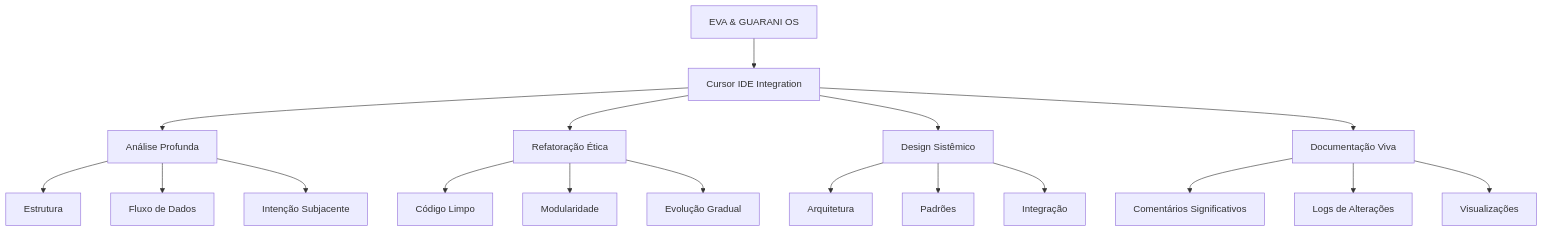
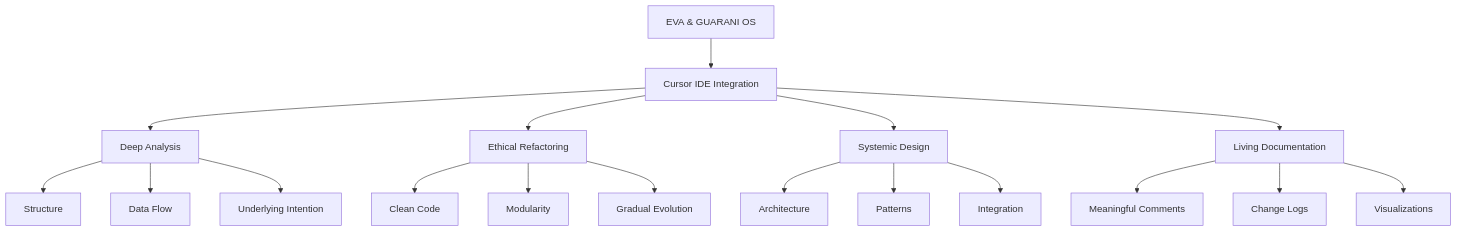
The diagram in docs/prompts/CURSOR_QUANTUM_PROMPT.md (enioxt/EVA-e-Guarani-EGOS), drawn with Mermaid before and after one commit. The commit also changed other lines of this file and 5476 other files, not shown here.

First line of the commit message:
feat: synchronize project structure and implement subsystem code

````diff
--- a/docs/prompts/CURSOR_QUANTUM_PROMPT.md
+++ b/docs/prompts/CURSOR_QUANTUM_PROMPT.md
@@ -83,24 +83,24 @@
 ```mermaid
 graph TD
     EGOS[EVA & GUARANI OS] --> IDE[Cursor IDE Integration]
-    IDE --> Analyze[Análise Profunda]
-    IDE --> Refactor[Refatoração Ética]
-    IDE --> Design[Design Sistêmico]
-    IDE --> Document[Documentação Viva]
-    
-    Analyze --> Structure[Estrutura]
-    Analyze --> Flow[Fluxo de Dados]
-    Analyze --> Intent[Intenção Subjacente]
-    
-    Refactor --> Clean[Código Limpo]
-    Refactor --> Modular[Modularidade]
-    Refactor --> Evolution[Evolução Gradual]
-    
-    Design --> Architecture[Arquitetura]
-    Design --> Patterns[Padrões]
-    Design --> Integration[Integração]
-    
-    Document --> Comments[Comentários Significativos]
-    Document --> Logs[Logs de Alterações]
-    Document --> Visualization[Visualizações]
+    IDE --> Analyze[Deep Analysis]
+    IDE --> Refactor[Ethical Refactoring]
+    IDE --> Design[Systemic Design]
+    IDE --> Document[Living Documentation]
+
+    Analyze --> Structure[Structure]
+    Analyze --> Flow[Data Flow]
+    Analyze --> Intent[Underlying Intention]
+
+    Refactor --> Clean[Clean Code]
+    Refactor --> Modular[Modularity]
+    Refactor --> Evolution[Gradual Evolution]
+
+    Design --> Architecture[Architecture]
+    Design --> Patterns[Patterns]
+    Design --> Integration[Integration]
+
+    Document --> Comments[Meaningful Comments]
+    Document --> Logs[Change Logs]
+    Document --> Visualization[Visualizations]
 ```
````
